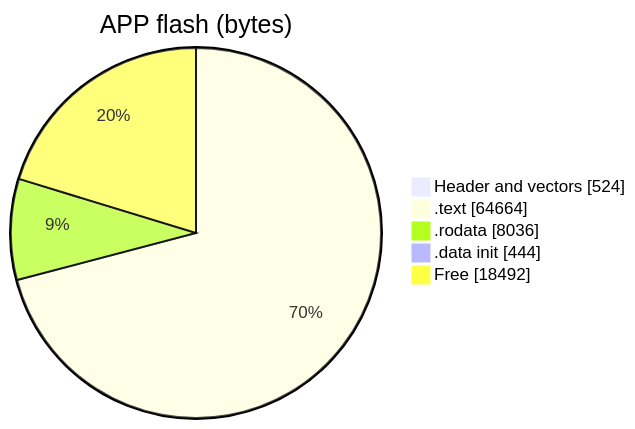
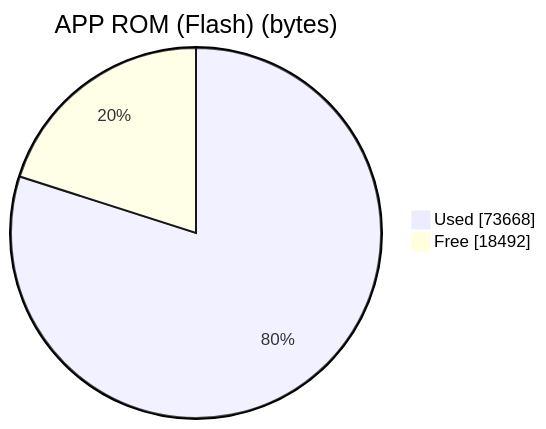
Before and after one commit to Marks100/HUB: the first of 6 diagrams in README.md, drawn with Mermaid. The commit also changed other lines of this file and 11 other files, not shown here.

````diff
--- a/README.md
+++ b/README.md
@@ -18,8 +19,5 @@
 ```mermaid
-pie showData title APP flash (bytes)
-    "Header and vectors" : 524
-    ".text" : 64664
-    ".rodata" : 8036
-    ".data init" : 444
+pie showData title APP ROM (Flash) (bytes)
+    "Used" : 73668
     "Free" : 18492
 ```
````
